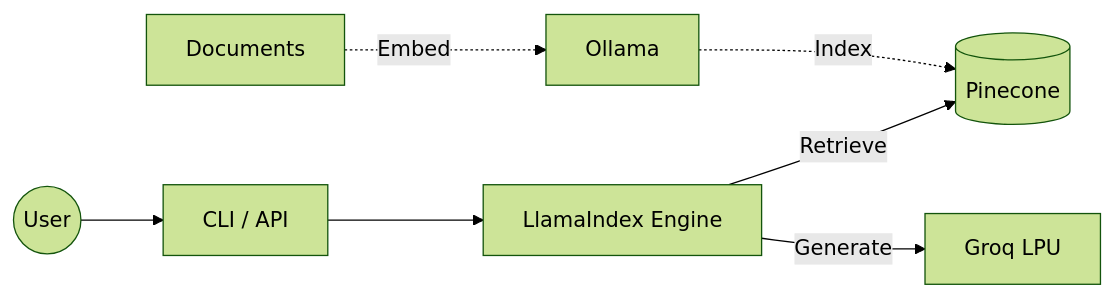
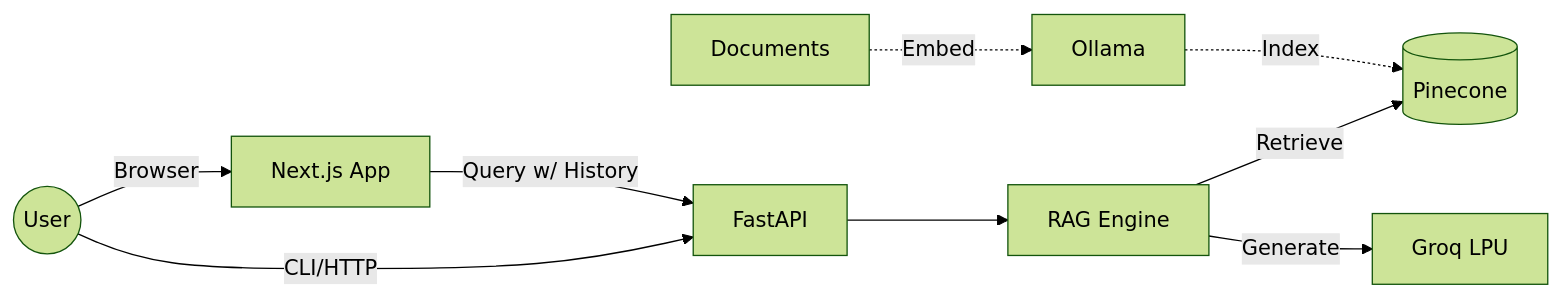
The diagram in README.md (galalqassas/USLaw-expert-RAG), drawn with Mermaid (forest theme) before and after one commit. The commit also changed other lines of this file and 48 other files, not shown here.

````diff
--- a/README.md
+++ b/README.md
@@ -11,11 +9,14 @@
 ```mermaid
 graph LR
-    User((User)) --> Interface[CLI / API]
-    Interface --> Engine[LlamaIndex Engine]
+    User((User)) -->|Browser| Frontend[Next.js App]
+    User -->|CLI/HTTP| Interface[FastAPI]
+
+    Frontend -->|Query w/ History| Interface
+    Interface --> Engine[RAG Engine]
 
     Engine -->|Retrieve| Pinecone[(Pinecone)]
     Engine -->|Generate| Groq[Groq LPU]
 
     Docs[Documents] -.->|Embed| Ollama[Ollama]
     Ollama -.->|Index| Pinecone
 ```
````
